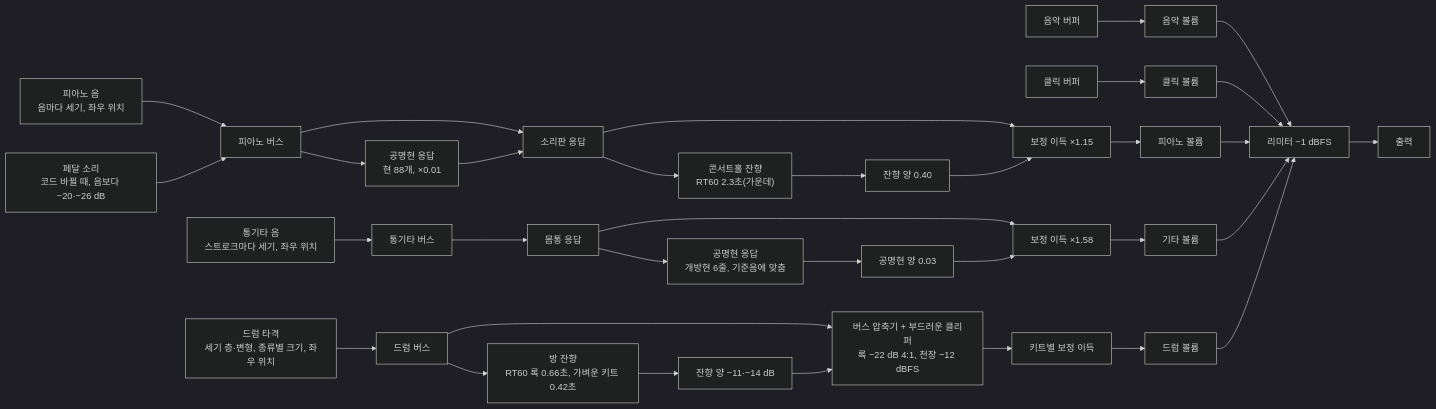
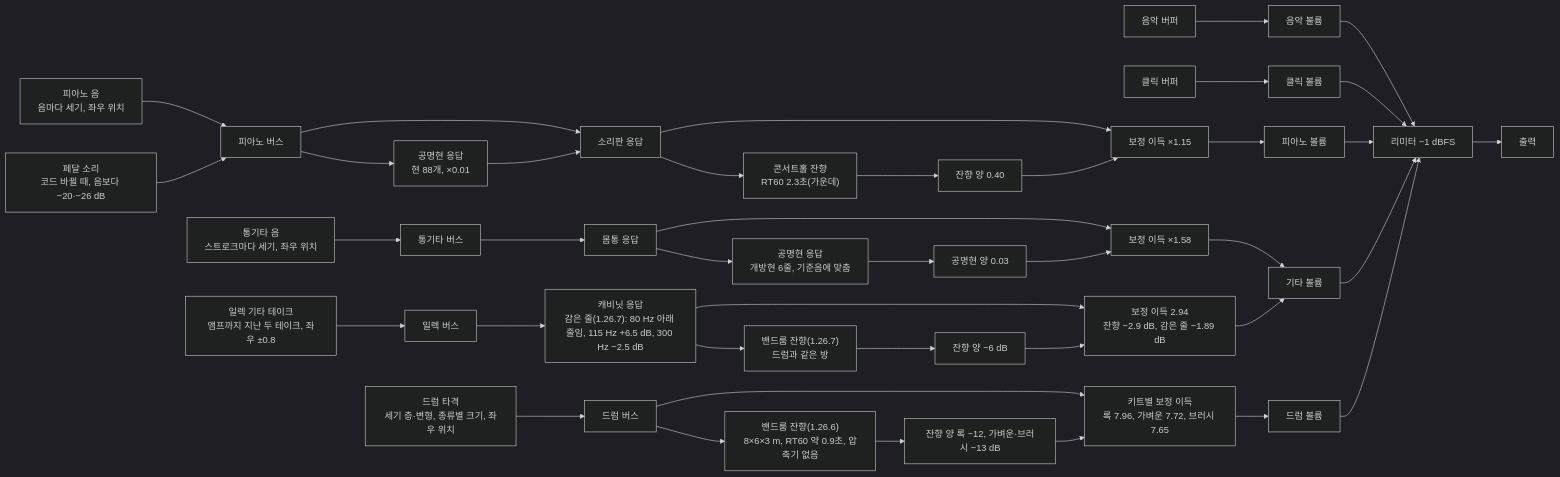
The third of 3 diagrams in README.md (Velvitty/Chordity), drawn with Mermaid (dark theme) before and after one commit. The commit also changed other lines of this file and 6 other files, not shown here.

````diff
--- a/README.md
+++ b/README.md
@@ -1437,25 +1437,29 @@
 ```mermaid
 flowchart LR
   M["음악 버퍼"] --> GM["음악 볼륨"]
   C["클릭 버퍼"] --> GC["클릭 볼륨"]
   P["피아노 음<br/>음마다 세기, 좌우 위치"] --> PB["피아노 버스"] --> SB["소리판 응답"]
   PN["페달 소리<br/>코드 바뀔 때, 음보다 −20·−26 dB"] --> PB
   PB --> RS["공명현 응답<br/>현 88개, ×0.01"] --> SB
   SB --> MP["보정 이득 ×1.15"]
   SB --> RP["콘서트홀 잔향<br/>RT60 2.3초(가운데)"] --> WP["잔향 양 0.40"] --> MP
   G["통기타 음<br/>스트로크마다 세기, 좌우 위치"] --> GB["통기타 버스"] --> BD["몸통 응답"]
   BD --> MG["보정 이득 ×1.58"]
   BD --> RG["공명현 응답<br/>개방현 6줄, 기준음에 맞춤"] --> WG["공명현 양 0.03"] --> MG
+  E["일렉 기타 테이크<br/>앰프까지 지난 두 테이크, 좌우 ±0.8"] --> EB["일렉 버스"] --> CB["캐비닛 응답<br/>감은 줄(1.26.7): 80 Hz 아래 줄임, 115 Hz +6.5 dB, 300 Hz −2.5 dB"]
+  CB --> ME["보정 이득 2.94<br/>잔향 −2.9 dB, 감은 줄 −1.89 dB"]
+  CB --> RE["밴드룸 잔향(1.26.7)<br/>드럼과 같은 방"] --> WE["잔향 양 −6 dB"] --> ME
   D["드럼 타격<br/>세기 층·변형, 종류별 크기, 좌우 위치"] --> DB["드럼 버스"]
-  DB --> CD["버스 압축기 + 부드러운 클리퍼<br/>록 −22 dB 4:1, 천장 −12 dBFS"] --> MD["키트별 보정 이득"]
-  DB --> RD["방 잔향<br/>RT60 록 0.66초, 가벼운 키트 0.42초"] --> WD["잔향 양 −11·−14 dB"] --> CD
+  DB --> MD["키트별 보정 이득<br/>록 7.96, 가벼운 7.72, 브러시 7.65"]
+  DB --> RD["밴드룸 잔향(1.26.6)<br/>8×6×3 m, RT60 약 0.9초, 압축기 없음"] --> WD["잔향 양 록 −12, 가벼운·브러시 −13 dB"] --> MD
   MP --> GP["피아노 볼륨"]
   MG --> GG["기타 볼륨"]
+  ME --> GG
   MD --> GD["드럼 볼륨"]
   GM --> L["리미터 −1 dBFS"]
   GC --> L
   GP --> L
   GG --> L
   GD --> L
   L --> O["출력"]
 ```
````
